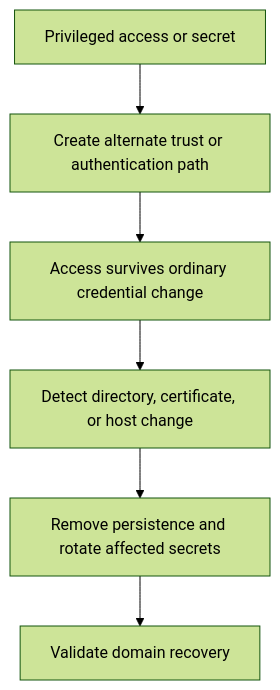
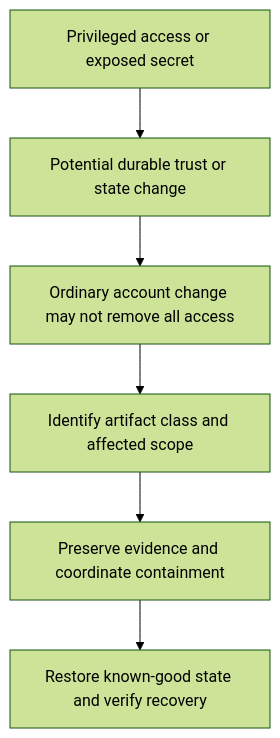
Before and after one commit to alham-rizvi/FindMyAttackPath: the diagram in docs/phases/persist.md, drawn with Mermaid (forest theme). The commit also changed other lines of this file and 20 other files, not shown here.

````diff
--- a/docs/phases/persist.md
+++ b/docs/phases/persist.md
@@ -12,8 +15,8 @@
 ```mermaid
 flowchart TD
-  A[Privileged access or secret] --> B[Create alternate trust or authentication path]
-  B --> C[Access survives ordinary credential change]
-  C --> D[Detect directory, certificate, or host change]
-  D --> E[Remove persistence and rotate affected secrets]
-  E --> F[Validate domain recovery]
+  A[Privileged access or exposed secret] --> B[Potential durable trust or state change]
+  B --> C[Ordinary account change may not remove all access]
+  C --> D[Identify artifact class and affected scope]
+  D --> E[Preserve evidence and coordinate containment]
+  E --> F[Restore known-good state and verify recovery]
 ```
````
